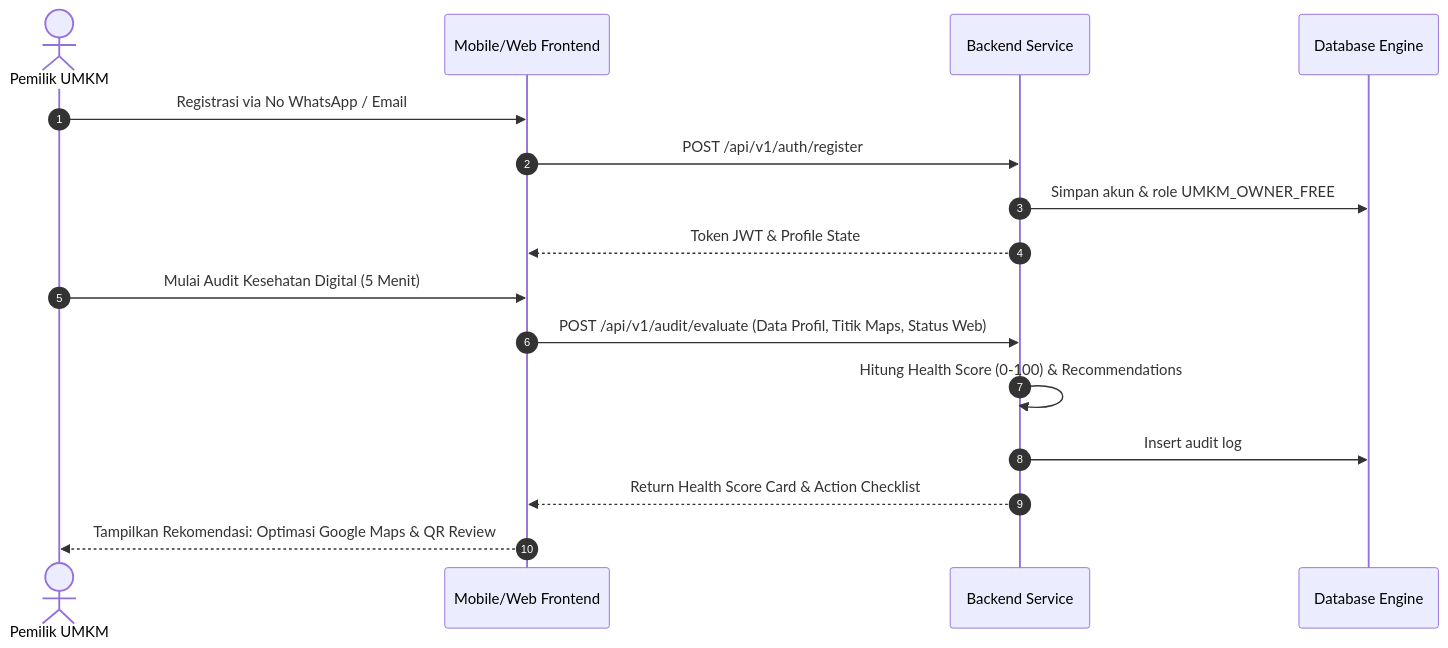
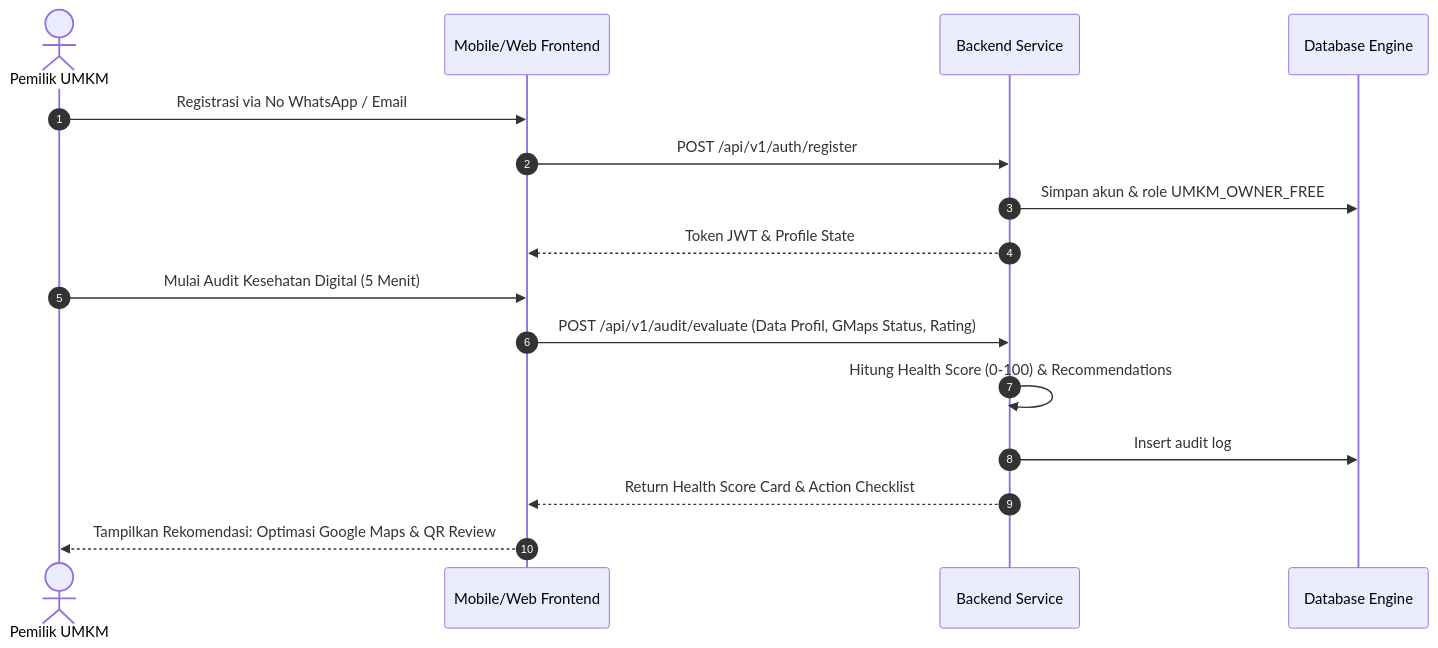
The first of 6 diagrams in docs/USER_FLOWS.md (Raskzor/umkm), drawn with Mermaid before and after one commit. The commit also changed other lines of this file and 4 other files, not shown here.

Commit message:
docs: expand system requirements, user flows, architecture, and RBAC documentation

````diff
--- a/docs/USER_FLOWS.md
+++ b/docs/USER_FLOWS.md
@@ -6,20 +6,20 @@
 ```mermaid
 sequenceDiagram
     autonumber
     actor UMKM as Pemilik UMKM
     participant UI as Mobile/Web Frontend
     participant API as Backend Service
     participant DB as Database Engine
 
     UMKM->>UI: Registrasi via No WhatsApp / Email
     UI->>API: POST /api/v1/auth/register
     API->>DB: Simpan akun & role UMKM_OWNER_FREE
     API-->>UI: Token JWT & Profile State
 
     UMKM->>UI: Mulai Audit Kesehatan Digital (5 Menit)
-    UI->>API: POST /api/v1/audit/evaluate (Data Profil, Titik Maps, Status Web)
+    UI->>API: POST /api/v1/audit/evaluate (Data Profil, GMaps Status, Rating)
     API->>API: Hitung Health Score (0-100) & Recommendations
     API->>DB: Insert audit log
     API-->>UI: Return Health Score Card & Action Checklist
     UI-->>UMKM: Tampilkan Rekomendasi: Optimasi Google Maps & QR Review
 ```
````
